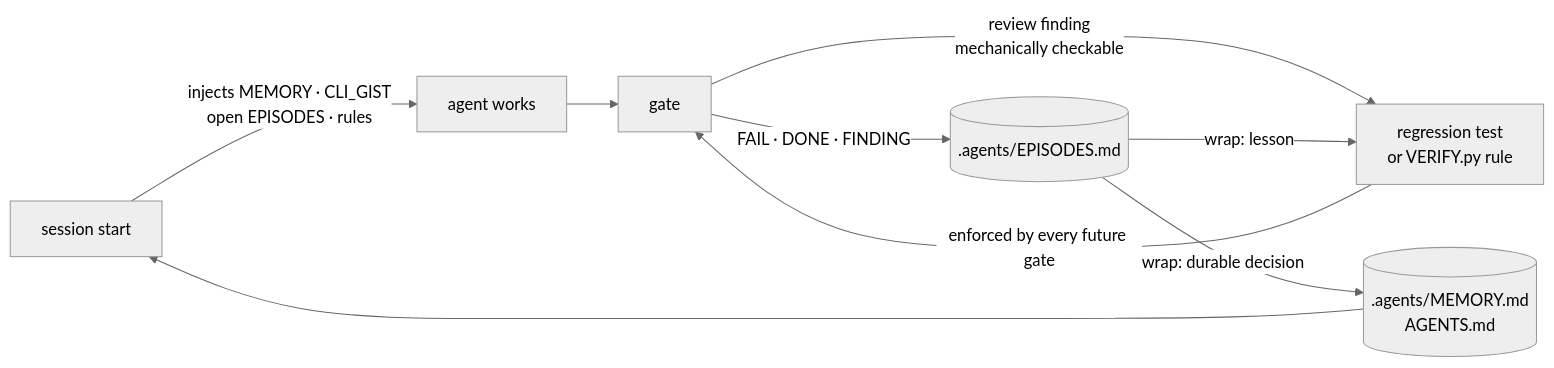
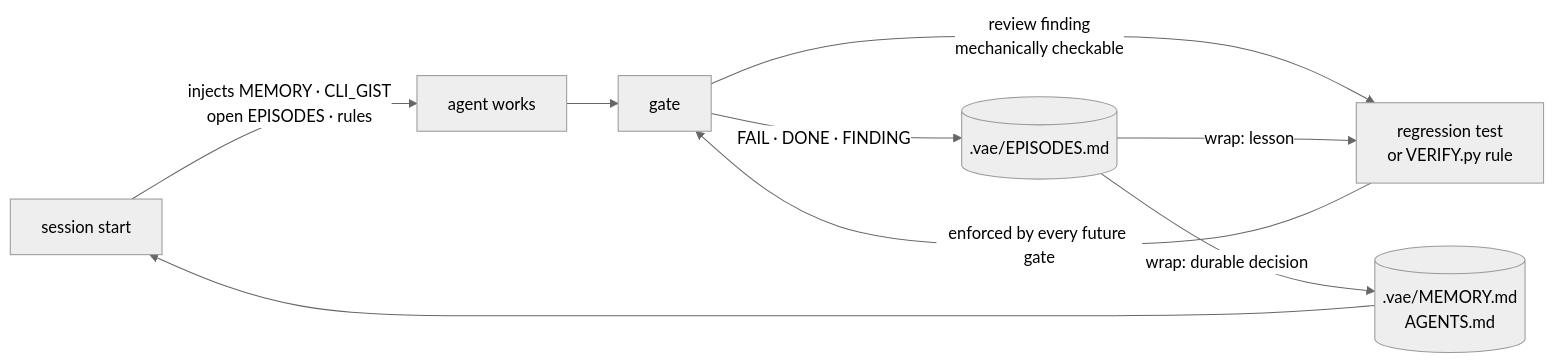
The second of 2 diagrams in README.md (kyr0/defuss-vae), drawn with Mermaid (neutral theme) before and after one commit. The commit also changed other lines of this file and 110 other files, not shown here.

````diff
--- a/README.md
+++ b/README.md
@@ -78,11 +80,11 @@
 ```mermaid
 flowchart LR
     S["session start"] -->|"injects MEMORY · CLI_GIST<br/>open EPISODES · rules"| A["agent works"]
     A --> G["gate"]
-    G -->|"FAIL · DONE · FINDING"| E[(".agents/EPISODES.md")]
+    G -->|"FAIL · DONE · FINDING"| E[(".vae/EPISODES.md")]
     G -->|"review finding<br/>mechanically checkable"| T["regression test<br/>or VERIFY.py rule"]
     E -->|"wrap: lesson"| T
-    E -->|"wrap: durable decision"| M[(".agents/MEMORY.md<br/>AGENTS.md")]
+    E -->|"wrap: durable decision"| M[(".vae/MEMORY.md<br/>AGENTS.md")]
     T -->|"enforced by every future gate"| G
     M --> S
 ```
````
